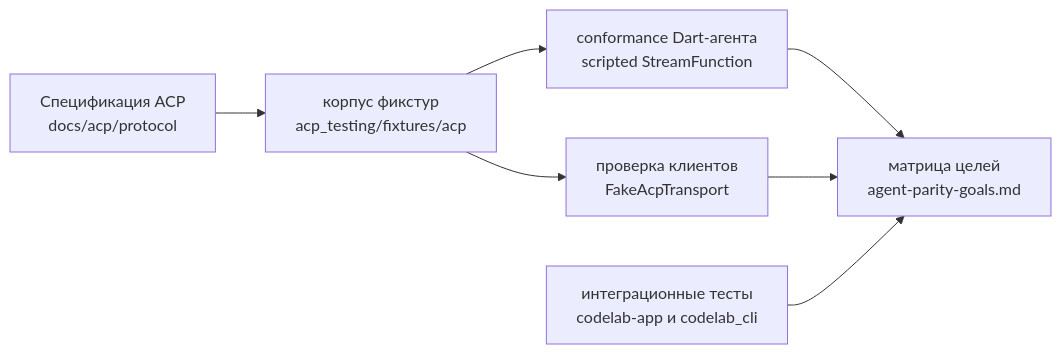
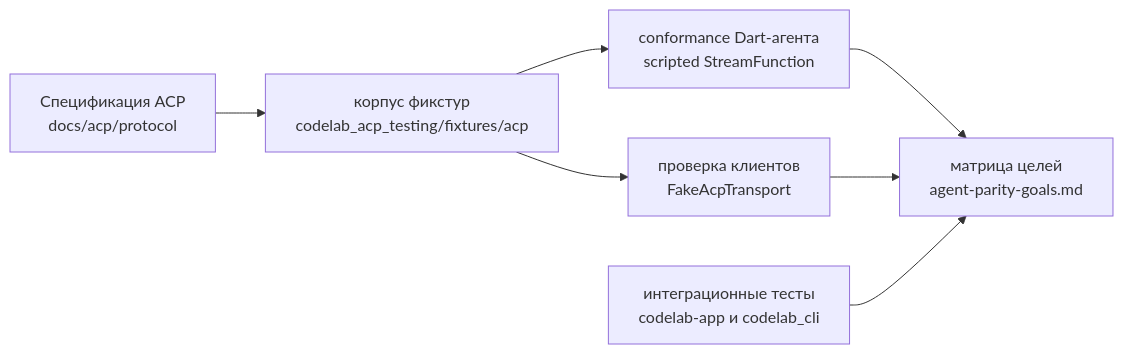
One commit to pese-git/codelab-app changed the second of 2 diagrams in docs/architecture/proposals/dart-agent-and-clients/09-00-migration-plan.md. Above: the diagram before and after it, drawn with Mermaid. The commit also changed other lines of this file and 608 other files, not shown here.

First line of the commit message:
refactor: переименовать пакеты по схеме codelab_<сторона>_<слой> (ADR-0002)

````diff
--- a/docs/architecture/proposals/dart-agent-and-clients/09-00-migration-plan.md
+++ b/docs/architecture/proposals/dart-agent-and-clients/09-00-migration-plan.md
@@ -162,9 +162,9 @@
 ```mermaid
 flowchart LR
-    SPEC["Спецификация ACP<br/>docs/acp/protocol"] --> FX["корпус фикстур<br/>acp_testing/fixtures/acp"]
+    SPEC["Спецификация ACP<br/>docs/acp/protocol"] --> FX["корпус фикстур<br/>codelab_acp_testing/fixtures/acp"]
     FX --> AG["conformance Dart-агента<br/>scripted StreamFunction"]
     FX --> CL["проверка клиентов<br/>FakeAcpTransport"]
     AG --> M["матрица целей<br/>agent-parity-goals.md"]
     CL --> M
     IT["интеграционные тесты<br/>codelab-app и codelab_cli"] --> M
 ```
````
